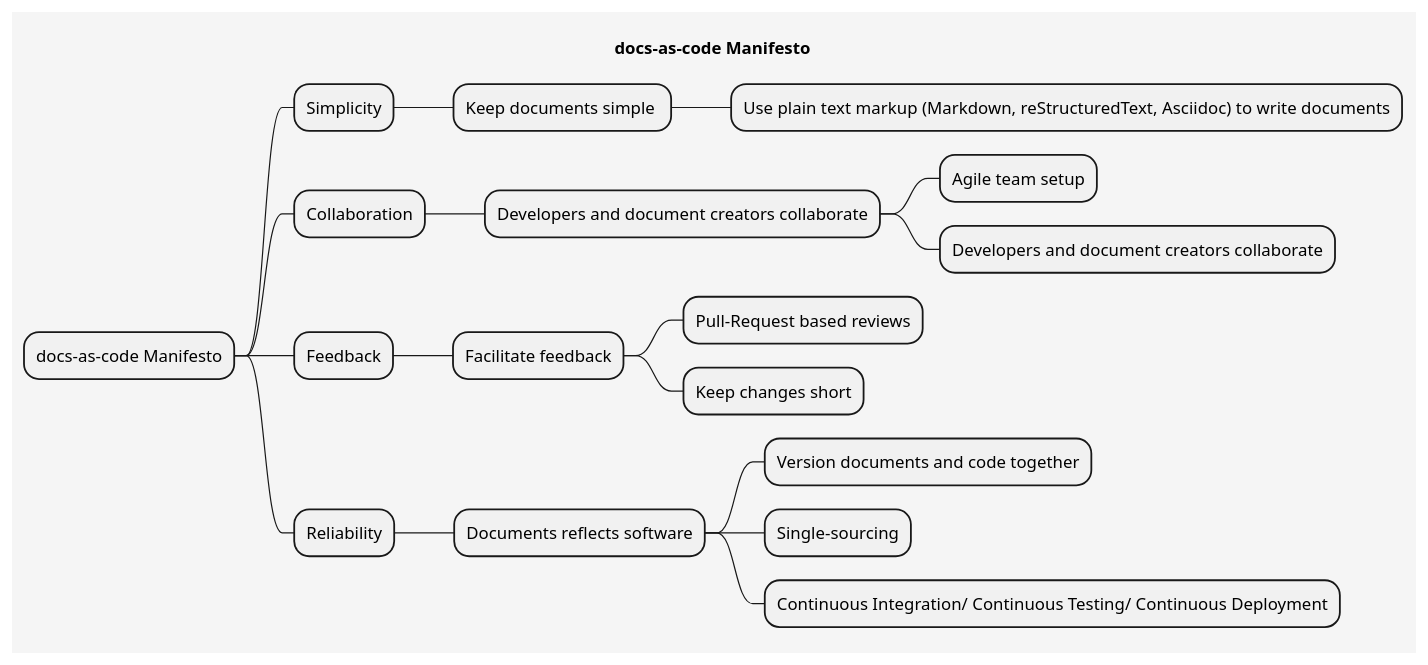
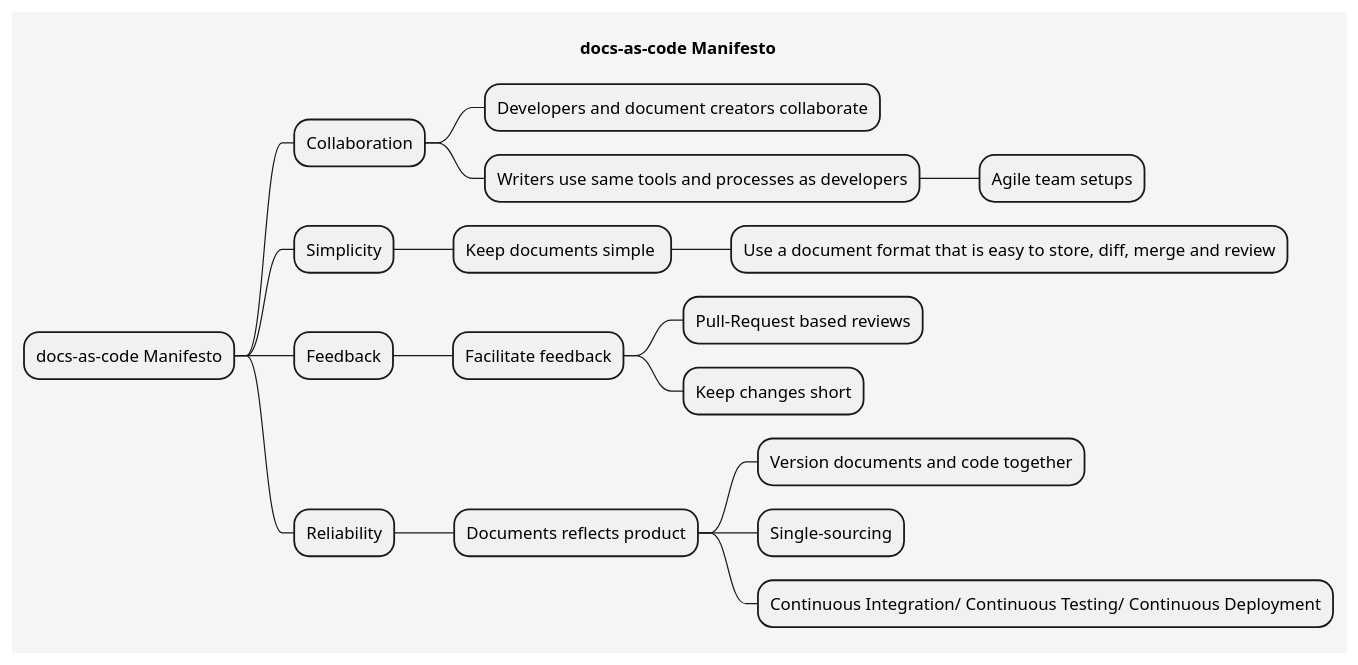
The diagram in MANIFESTO-Mindmap.md (twodrops/docs-as-code-manifesto), drawn with PlantUML before and after one commit.

Commit message:
Minor wording changes

````diff
--- a/MANIFESTO-Mindmap.md
+++ b/MANIFESTO-Mindmap.md
@@ -3,25 +3,25 @@
 ```plantuml
 @startmindmap docs-as-code-manifesto
 title docs-as-code Manifesto
 skinparam backgroundColor whitesmoke
 skinparam handwritten false
 skinparam monochrome true
 * docs-as-code Manifesto
+** Collaboration
+*** Developers and document creators collaborate
+*** Writers use same tools and processes as developers
+**** Agile team setups
 ** Simplicity
 *** Keep documents simple 
-****  Use plain text markup (Markdown, reStructuredText, Asciidoc) to write documents
-** Collaboration
-*** Developers and document creators collaborate
-**** Agile team setup
-**** Developers and document creators collaborate
+****  Use a document format that is easy to store, diff, merge and review
 ** Feedback
 *** Facilitate feedback
 **** Pull-Request based reviews
 **** Keep changes short
 ** Reliability
-*** Documents reflects software
+*** Documents reflects product
 **** Version documents and code together
 **** Single-sourcing
 **** Continuous Integration/ Continuous Testing/ Continuous Deployment
 @endmindmap
 ```
````
